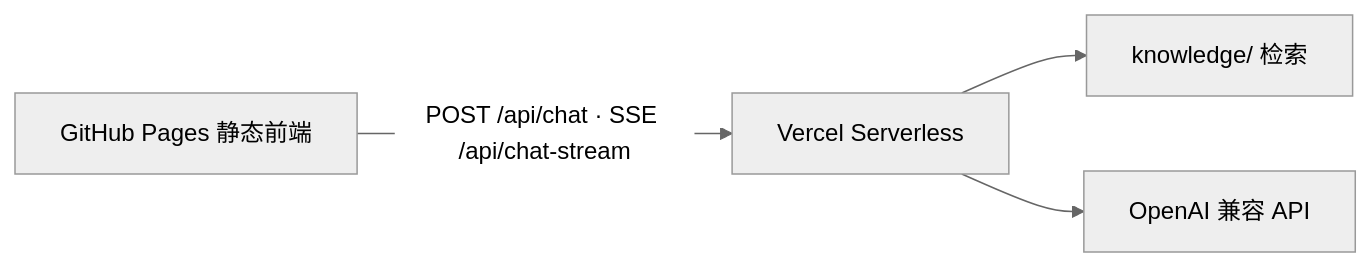
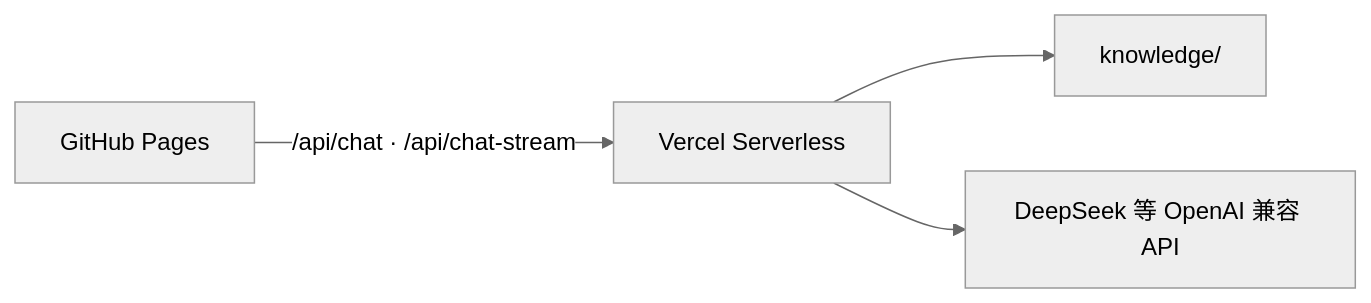
The diagram in README.md (wenjunwang6205-sudo/content-brief-chat), drawn with Mermaid (neutral theme) before and after one commit. The commit also changed other lines of this file and 20 other files, not shown here.

````diff
--- a/README.md
+++ b/README.md
@@ -38,6 +22,6 @@
 ```mermaid
 flowchart LR
-  Pages[GitHub Pages 静态前端] -->|POST /api/chat · SSE /api/chat-stream| Vercel[Vercel Serverless]
-  Vercel --> RAG[knowledge/ 检索]
-  Vercel --> LLM[OpenAI 兼容 API]
+  Pages[GitHub Pages] -->|/api/chat · /api/chat-stream| Vercel[Vercel Serverless]
+  Vercel --> RAG[knowledge/]
+  Vercel --> LLM[DeepSeek 等 OpenAI 兼容 API]
 ```
````
